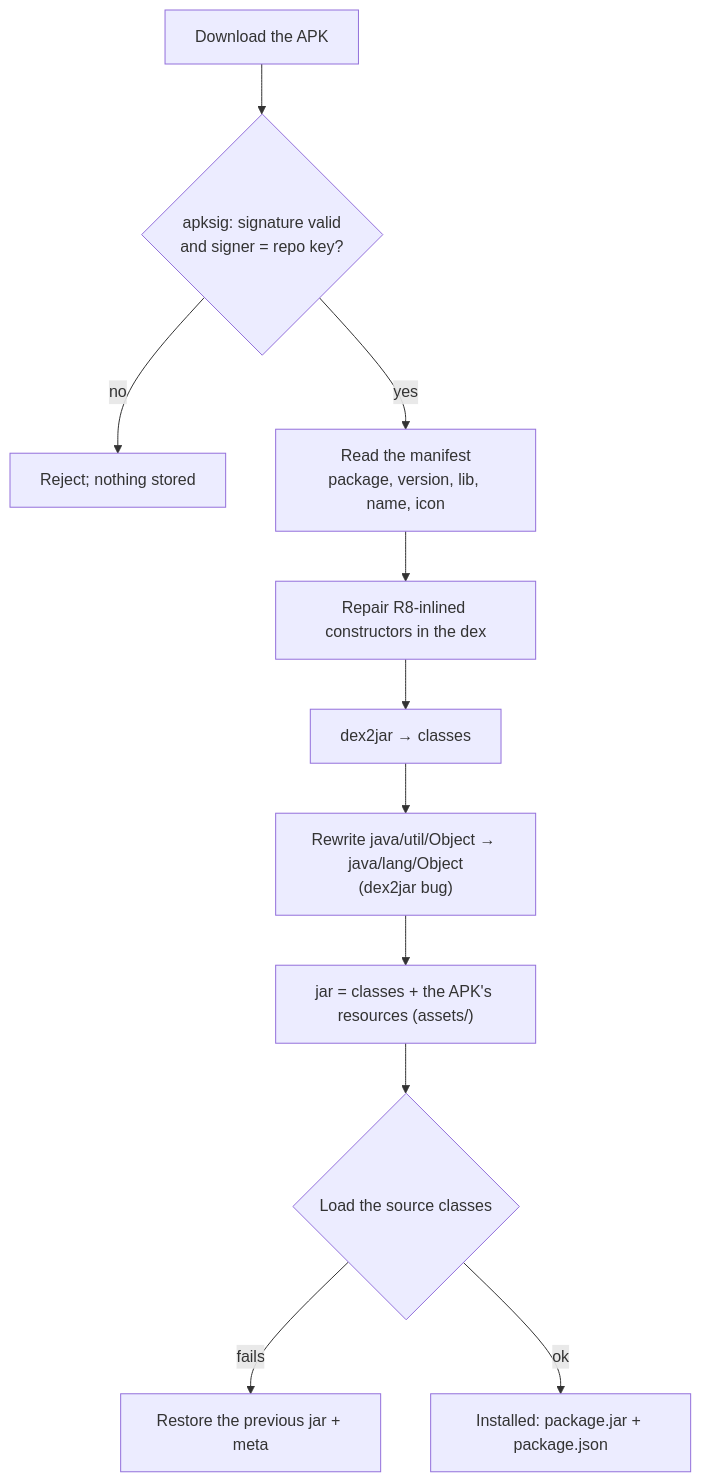
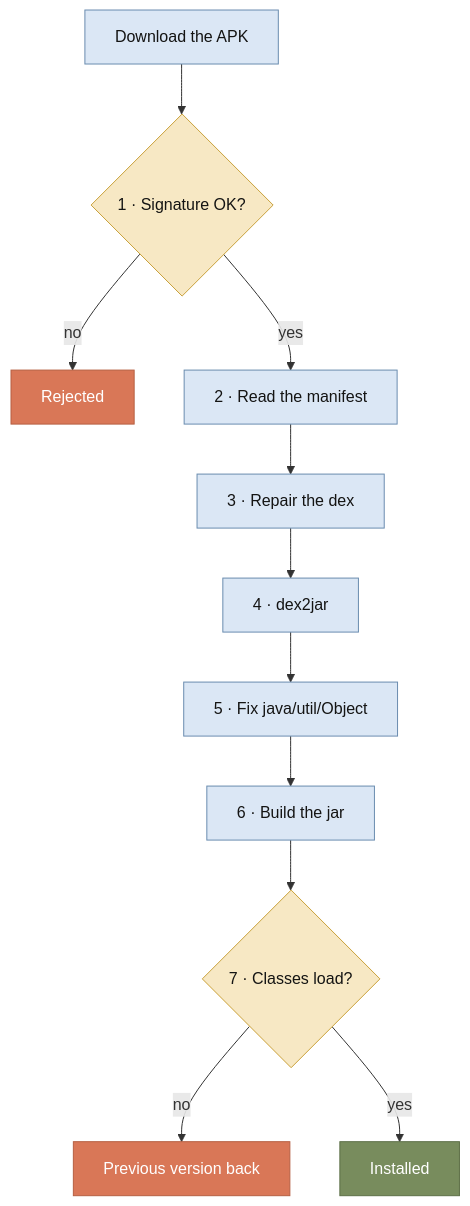
One commit to Carloss616/anipoex changed the third of 7 diagrams in docs/extensions.md. Above: the diagram before and after it, drawn with Mermaid. The commit also changed other lines of this file and 1 other file, not shown here.

First line of the commit message:
docs: sync and source picking guide; extension diagrams read at a glance

````diff
--- a/docs/extensions.md
+++ b/docs/extensions.md
@@ -76,13 +89,23 @@
 ```mermaid
 flowchart TD
-    D["Download the APK"] --> V{"apksig: signature valid<br/>and signer = repo key?"}
-    V -- no --> X["Reject; nothing stored"]
-    V -- yes --> M["Read the manifest<br/>package, version, lib, name, icon"]
-    M --> R["Repair R8-inlined constructors in the dex"]
-    R --> J["dex2jar → classes"]
-    J --> F["Rewrite java/util/Object → java/lang/Object<br/>(dex2jar bug)"]
-    F --> Z["jar = classes + the APK's resources (assets/)"]
-    Z --> L{"Load the source classes"}
-    L -- fails --> B["Restore the previous jar + meta"]
-    L -- ok --> OK["Installed: package.jar + package.json"]
+    D["Download the APK"] --> V{"1 · Signature OK?"}
+    V -->|no| X["Rejected"]
+    V -->|yes| M["2 · Read the manifest"]
+    M --> R["3 · Repair the dex"]
+    R --> J["4 · dex2jar"]
+    J --> F["5 · Fix java/util/Object"]
+    F --> Z["6 · Build the jar"]
+    Z --> L{"7 · Classes load?"}
+    L -->|no| B["Previous version back"]
+    L -->|yes| OK["Installed"]
+
+    classDef step fill:#dbe7f5,stroke:#6A8CAF,color:#141413
+    classDef ask fill:#f7e8c4,stroke:#c9a13b,color:#141413
+    classDef good fill:#788C5D,stroke:#5d6f47,color:#ffffff
+    classDef bad fill:#D97757,stroke:#b65f42,color:#ffffff
+    classDef calm fill:#ebe9e2,stroke:#87867F,color:#141413
+    class D,M,R,J,F,Z step
+    class V,L ask
+    class X,B bad
+    class OK good
 ```
````
